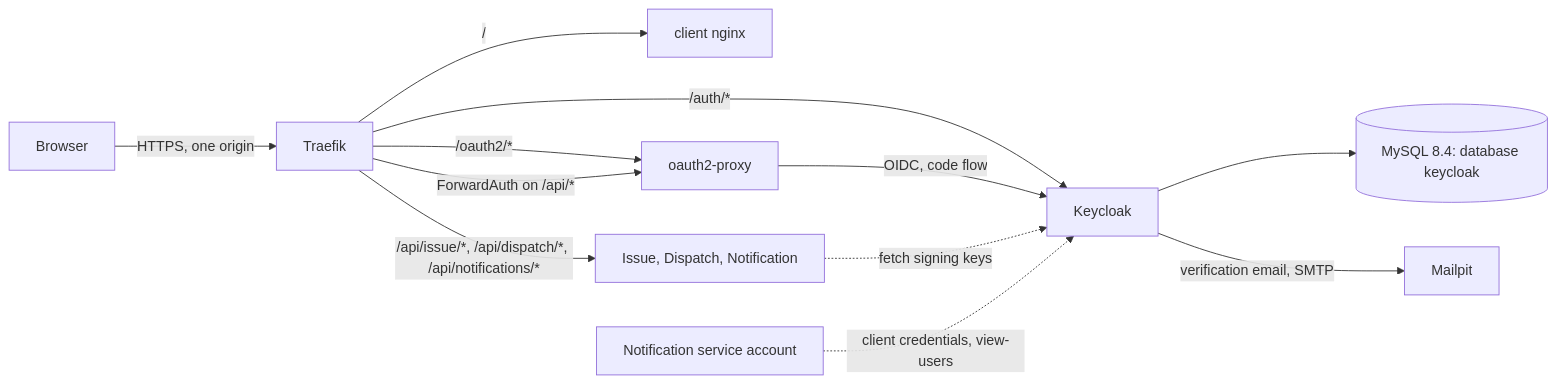
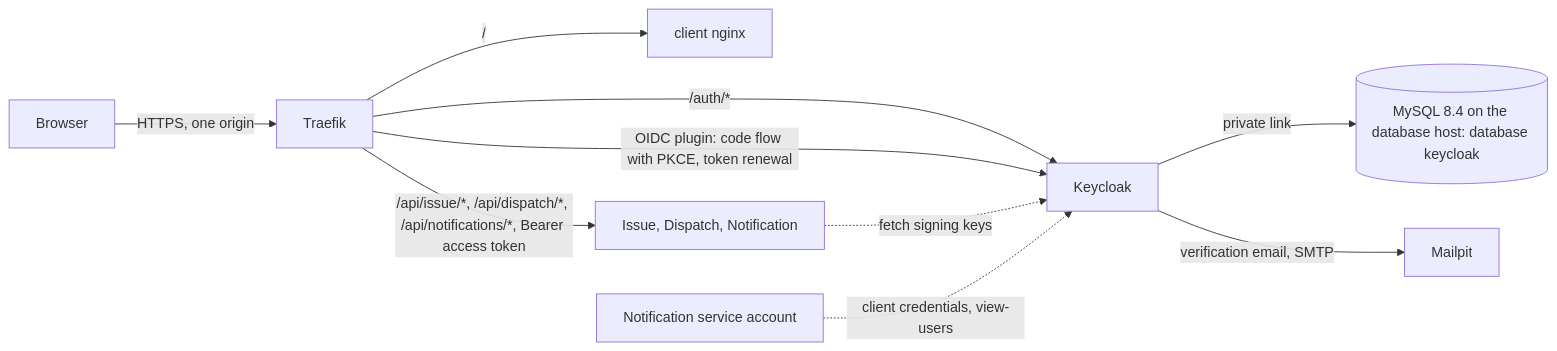
One commit to Phenriquerafael/LABDSOF_G9A changed the diagram in documents/guides/keycloak-setup.md. Above: the diagram before and after it, drawn with Mermaid. The commit also changed other lines of this file and 30 other files, not shown here.

First line of the commit message:
EN-01-01: adopt the database and backup hosts and the Traefik OIDC plugin

````diff
--- a/documents/guides/keycloak-setup.md
+++ b/documents/guides/keycloak-setup.md
@@ -13,14 +13,12 @@
 ```mermaid
 flowchart LR
   B[Browser] -->|HTTPS, one origin| T[Traefik]
   T -->|/| N[client nginx]
-  T -->|/oauth2/*| O[oauth2-proxy]
   T -->|/auth/*| K[Keycloak]
-  T -->|ForwardAuth on /api/*| O
-  T -->|/api/issue/*, /api/dispatch/*, /api/notifications/*| S[Issue, Dispatch, Notification]
-  O -->|OIDC, code flow| K
+  T -->|/api/issue/*, /api/dispatch/*, /api/notifications/*, Bearer access token| S[Issue, Dispatch, Notification]
+  T -->|OIDC plugin: code flow with PKCE, token renewal| K
   S -.->|fetch signing keys| K
   NS[Notification service account] -.->|client credentials, view-users| K
-  K --> M[(MySQL 8.4: database keycloak)]
+  K -->|private link| M[(MySQL 8.4 on the database host: database keycloak)]
   K -->|verification email, SMTP| P[Mailpit]
 ```
````
